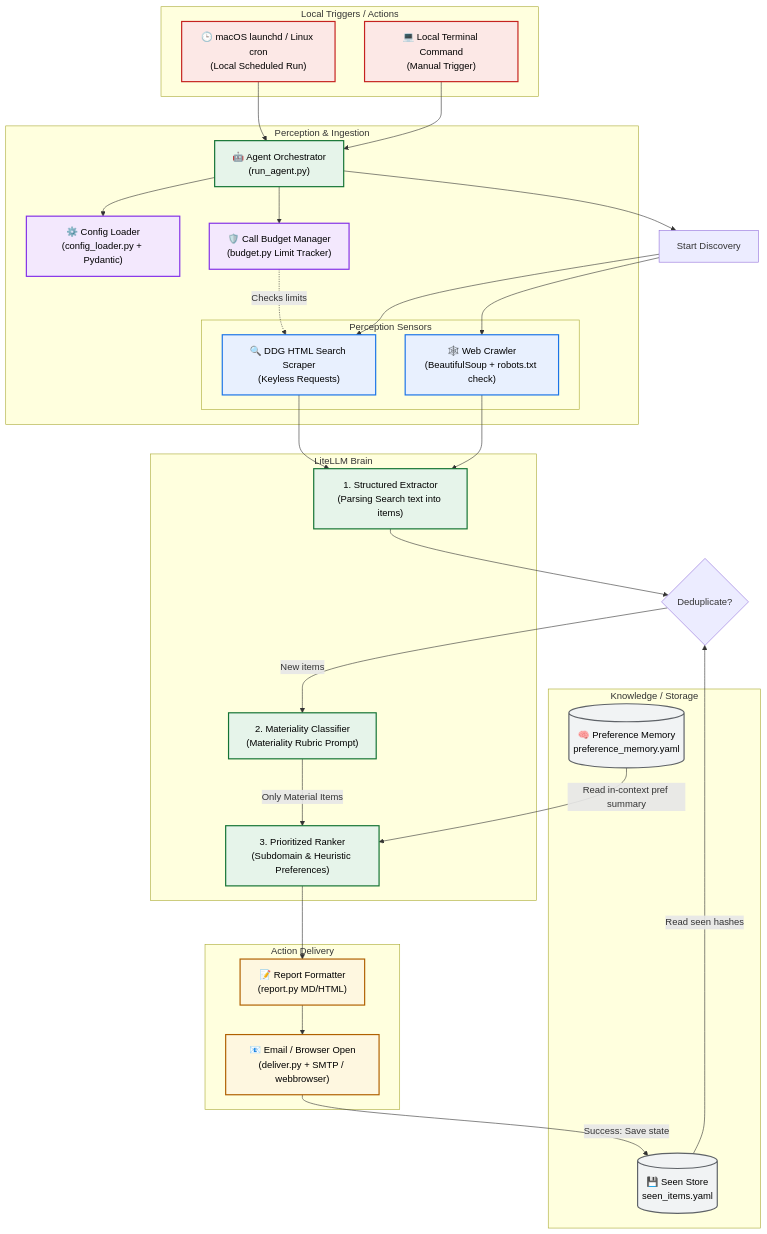
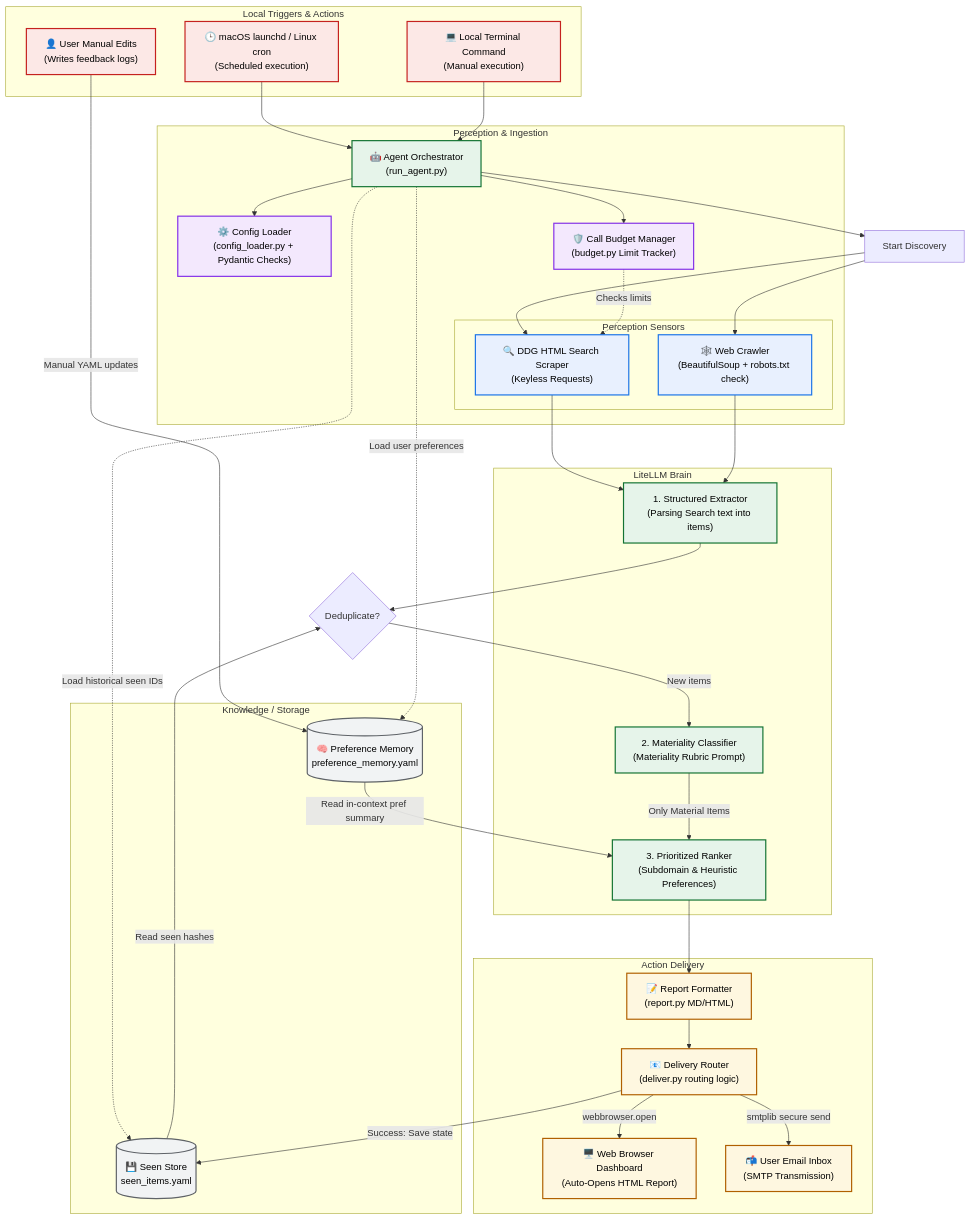
One commit to yogitas/AIforProductManagers changed the diagram in projects/pm-competitive-intel-agent/architecture_diagram.md. Above: the diagram before and after it, drawn with Mermaid. The commit also changed other lines of this file and 2 other files, not shown here.

Commit message:
update repo with latest articles and updates to arch diagram

````diff
--- a/projects/pm-competitive-intel-agent/architecture_diagram.md
+++ b/projects/pm-competitive-intel-agent/architecture_diagram.md
@@ -19,15 +19,16 @@
     classDef guard fill:#F3E8FD,stroke:#8430E8,stroke-width:2px,color:#000;
 
     %% --- TRIGGER LAYER ---
-    subgraph Trigger Layer [Local Triggers / Actions]
-        Local_Cron["🕒 macOS launchd / Linux cron<br/>(Local Scheduled Run)"]:::trigger
-        Local_CLI["💻 Local Terminal Command<br/>(Manual Trigger)"]:::trigger
+    subgraph Trigger Layer [Local Triggers & Actions]
+        Local_Cron["🕒 macOS launchd / Linux cron<br/>(Scheduled execution)"]:::trigger
+        Local_CLI["💻 Local Terminal Command<br/>(Manual execution)"]:::trigger
+        User_Feed["👤 User Manual Edits<br/>(Writes feedback logs)"]:::trigger
     end
 
     %% --- AGENT CONTROL & PERCEPTION ---
     subgraph Agent Core [Perception & Ingestion]
         Orchestrator["🤖 Agent Orchestrator<br/>(run_agent.py)"]:::brain
-        ConfigLoader["⚙️ Config Loader<br/>(config_loader.py + Pydantic)"]:::guard
+        ConfigLoader["⚙️ Config Loader<br/>(config_loader.py + Pydantic Checks)"]:::guard
         BudgetCtrl["🛡️ Call Budget Manager<br/>(budget.py Limit Tracker)"]:::guard
         
         subgraph Perception Sensors
@@ -49,19 +50,26 @@
         MemoryStore[("🧠 Preference Memory<br/>preference_memory.yaml")]:::store
     end
 
-    %% --- ACTUATORS ---
+    %% --- ACTUATORS & OUTPUTS ---
     subgraph Actuators [Action Delivery]
         ReportGen["📝 Report Formatter<br/>(report.py MD/HTML)"]:::actuator
-        MailSender["📧 Email / Browser Open<br/>(deliver.py + SMTP / webbrowser)"]:::actuator
+        DeliveryRouter["📧 Delivery Router<br/>(deliver.py routing logic)"]:::actuator
+        Dashboard["🖥️ Web Browser Dashboard<br/>(Auto-Opens HTML Report)"]:::actuator
+        UserInbox["📬 User Email Inbox<br/>(SMTP Transmission)"]:::actuator
     end
 
     %% --- CONNECTIONS ---
     Local_Cron --> Orchestrator
     Local_CLI --> Orchestrator
+    User_Feed -->|Manual YAML updates| MemoryStore
     
     %% Config & Guard checks
     Orchestrator --> ConfigLoader
     Orchestrator --> BudgetCtrl
+    
+    %% State initialization checks
+    Orchestrator -.->|Load historical seen IDs| SeenStore
+    Orchestrator -.->|Load user preferences| MemoryStore
     
     %% Perception flow
     Orchestrator --> Perception_Start["Start Discovery"]
@@ -86,8 +94,12 @@
     
     %% Report & Delivery
     LLM_Ranker --> ReportGen
-    ReportGen --> MailSender
+    ReportGen --> DeliveryRouter
+    
+    %% Delivery Routing (Browser or SMTP)
+    DeliveryRouter -->|webbrowser.open| Dashboard
+    DeliveryRouter -->|smtplib secure send| UserInbox
     
     %% Delivery confirmed sequence
-    MailSender -->|Success: Save state| SeenStore
+    DeliveryRouter -->|Success: Save state| SeenStore
 ```
````
